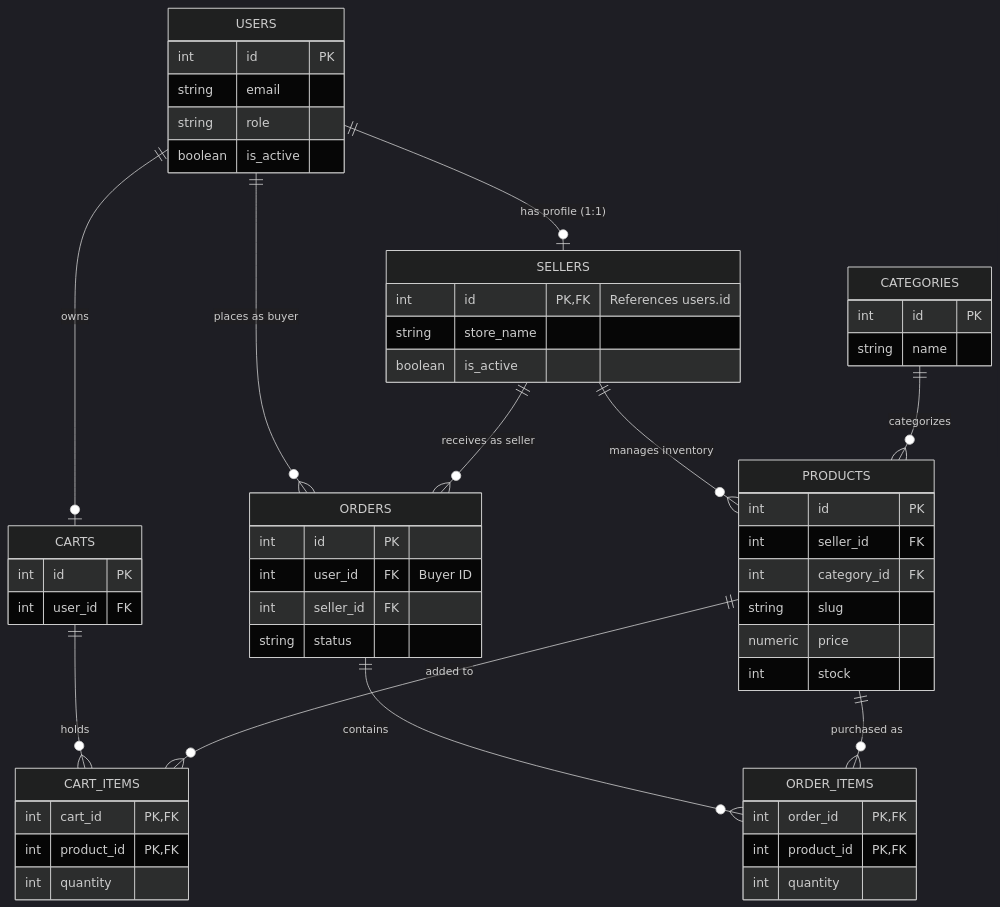
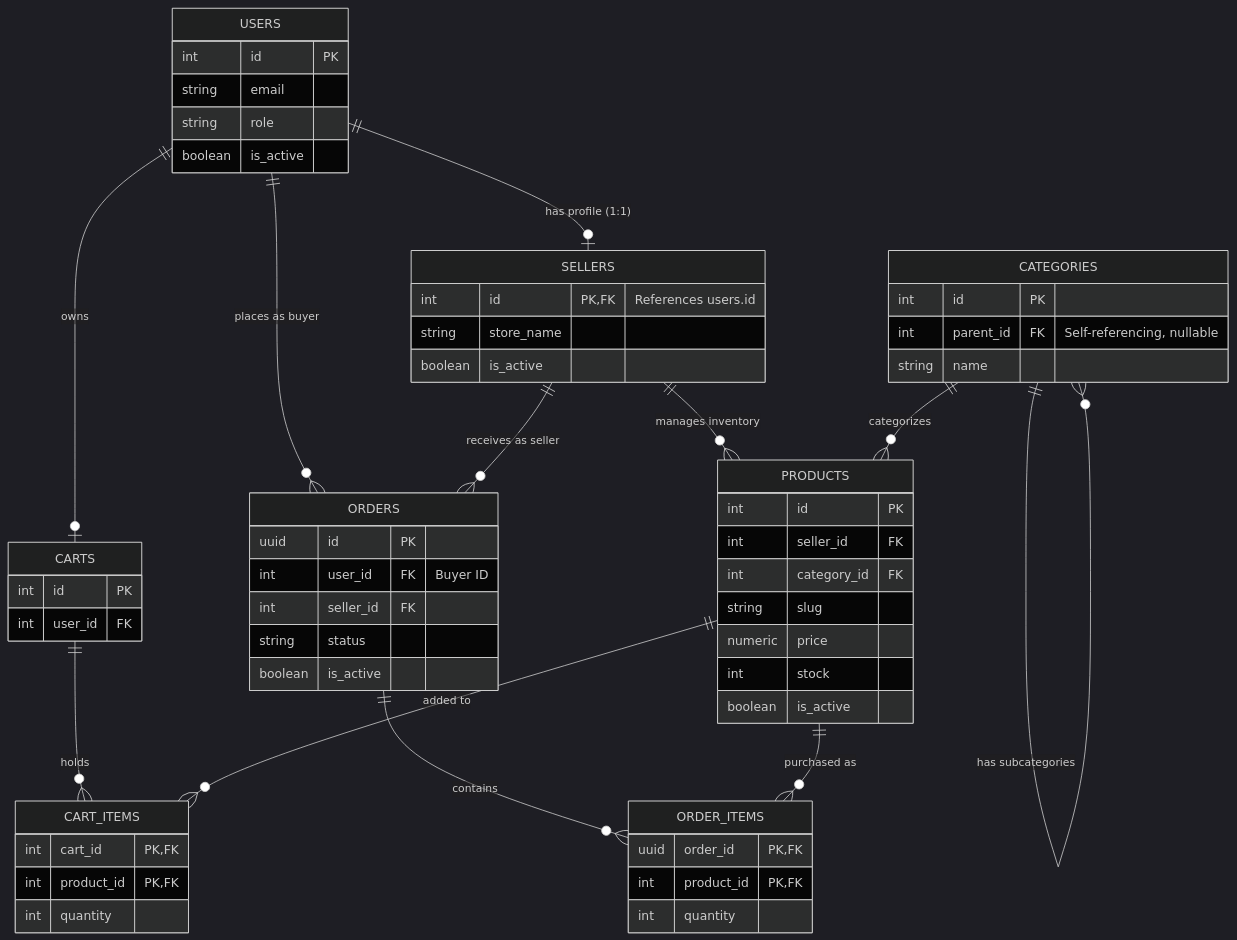
The first of 2 diagrams in README.md (Revou-FSSE-Jun26/module-2-muhammadfaujian453-commits), drawn with Mermaid (dark theme) before and after one commit. The commit also changed other lines of this file and 2 other files, not shown here.

````diff
--- a/README.md
+++ b/README.md
@@ -149,57 +176,61 @@
 ```mermaid
 erDiagram
     USERS ||--o| SELLERS : "has profile (1:1)"
     USERS ||--o{ ORDERS : "places as buyer"
     USERS ||--o| CARTS : "owns"
     SELLERS ||--o{ PRODUCTS : "manages inventory"
     SELLERS ||--o{ ORDERS : "receives as seller"
     CATEGORIES ||--o{ PRODUCTS : "categorizes"
+    CATEGORIES ||--o{ CATEGORIES : "has subcategories"
     CARTS ||--o{ CART_ITEMS : "holds"
     PRODUCTS ||--o{ CART_ITEMS : "added to"
     ORDERS ||--o{ ORDER_ITEMS : "contains"
     PRODUCTS ||--o{ ORDER_ITEMS : "purchased as"
 
     USERS {
         int id PK
         string email
         string role
         boolean is_active
     }
     SELLERS {
         int id PK, FK "References users.id"
         string store_name
         boolean is_active
     }
     PRODUCTS {
         int id PK
         int seller_id FK
         int category_id FK
         string slug
         numeric price
         int stock
+        boolean is_active
     }
     CATEGORIES {
         int id PK
+        int parent_id FK "Self-referencing, nullable"
         string name
     }
     ORDERS {
-        int id PK
+        uuid id PK
         int user_id FK "Buyer ID"
         int seller_id FK
         string status
+        boolean is_active
     }
     ORDER_ITEMS {
-        int order_id PK, FK
+        uuid order_id PK, FK
         int product_id PK, FK
         int quantity
     }
     CARTS {
         int id PK
         int user_id FK
     }
     CART_ITEMS {
         int cart_id PK, FK
         int product_id PK, FK
         int quantity
     }
 ```
````
